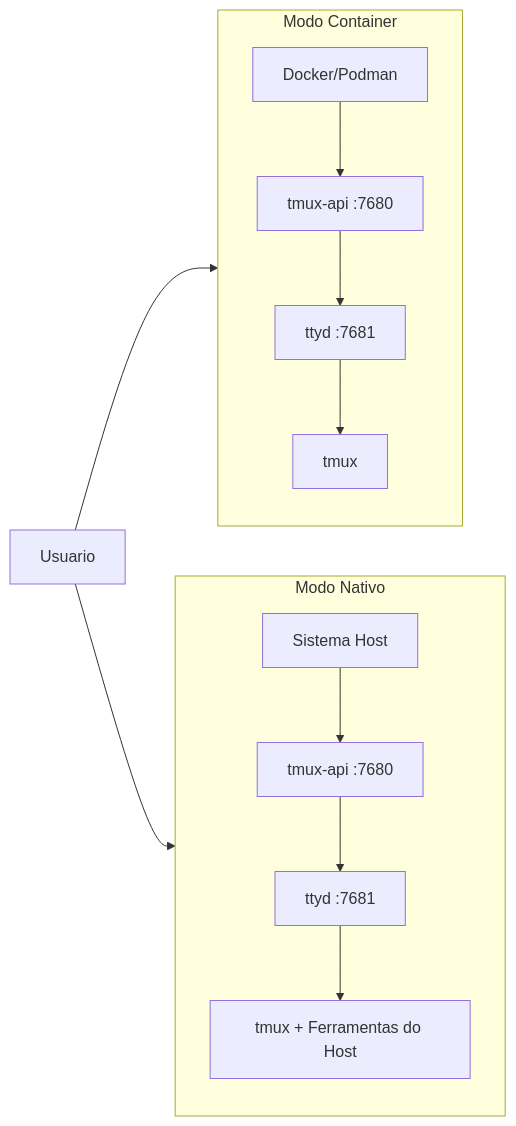
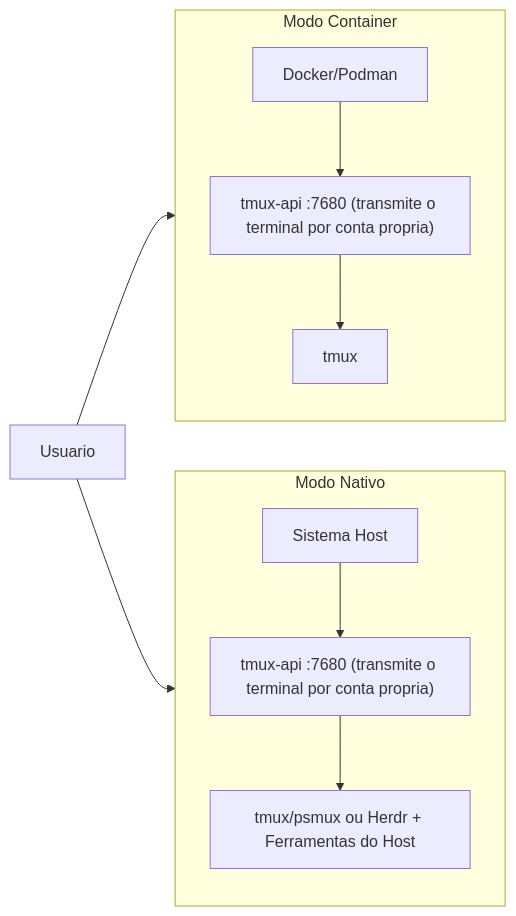
The second of 2 diagrams in README.pt-BR.md (lamngockhuong/termote), drawn with Mermaid before and after one commit. The commit also changed other lines of this file and 16 other files, not shown here.

````diff
--- a/README.pt-BR.md
+++ b/README.pt-BR.md
@@ -219,14 +224,14 @@
 ```mermaid
 flowchart LR
     subgraph Container["Modo Container"]
         direction TB
-        C1["Docker/Podman"] --> C2["tmux-api :7680"] --> C3["ttyd :7681"] --> C4["tmux"]
+        C1["Docker/Podman"] --> C2["tmux-api :7680 (transmite o terminal por conta propria)"] --> C3["tmux"]
     end
 
     subgraph Native["Modo Nativo"]
         direction TB
-        N1["Sistema Host"] --> N2["tmux-api :7680"] --> N3["ttyd :7681"] --> N4["tmux + Ferramentas do Host"]
+        N1["Sistema Host"] --> N2["tmux-api :7680 (transmite o terminal por conta propria)"] --> N3["tmux/psmux ou Herdr + Ferramentas do Host"]
     end
 
     User["Usuario"] --> Container & Native
 ```
````
